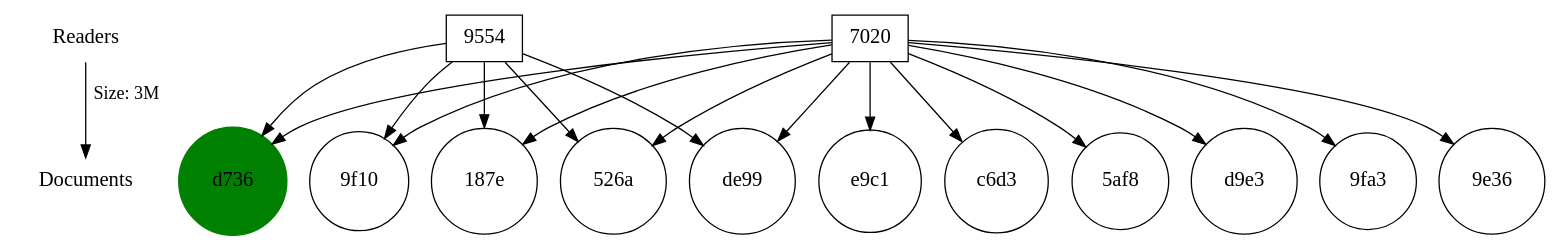
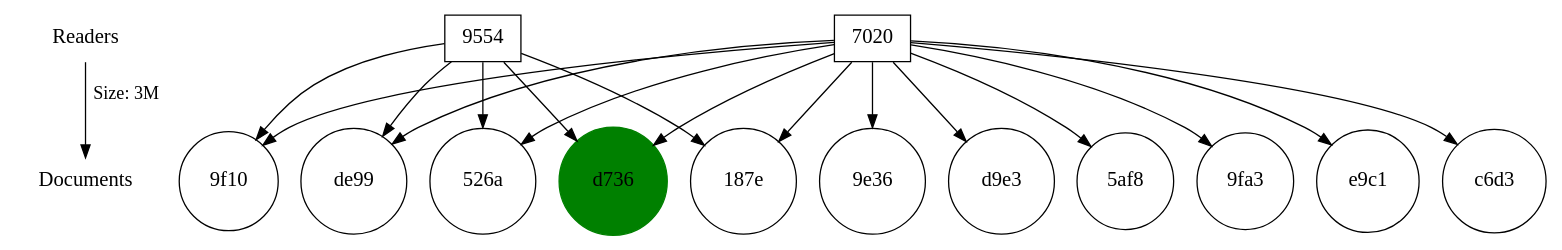
One commit to duncstin/F21SC_Coursework2 changed the diagram in test-output.gv. Above: the diagram before and after it, drawn with Graphviz. The commit also changed other lines of this file and 8 other files, not shown here.

```diff
--- a/test-output.gv
+++ b/test-output.gv
@@ -1,40 +1,40 @@
 digraph "Also likes" {
 	node [fontsize=16 shape=plaintext]
 	r [label=Readers]
 	d [label=Documents]
 	r -> d [label="Size: 3M"]
 	9554 [label=9554 rank=r shape=box]
+	"9f10" [label="9f10" rank=d shape=circle]
+	9554 -> "9f10"
+	de99 [label=de99 rank=d shape=circle]
+	9554 -> de99
+	"526a" [label="526a" rank=d shape=circle]
+	9554 -> "526a"
 	d736 [label=d736 color=green rank=d shape=circle style=filled]
 	9554 -> d736
-	"9f10" [label="9f10" rank=d shape=circle]
-	9554 -> "9f10"
 	"187e" [label="187e" rank=d shape=circle]
 	9554 -> "187e"
-	"526a" [label="526a" rank=d shape=circle]
-	9554 -> "526a"
+	7020 [label=7020 rank=r shape=box]
+	"9e36" [label="9e36" rank=d shape=circle]
+	7020 -> "9e36"
 	de99 [label=de99 rank=d shape=circle]
-	9554 -> de99
-	7020 [label=7020 rank=r shape=box]
-	e9c1 [label=e9c1 rank=d shape=circle]
-	7020 -> e9c1
-	d736 [label=d736 color=green rank=d shape=circle style=filled]
-	7020 -> d736
+	7020 -> de99
 	"9f10" [label="9f10" rank=d shape=circle]
 	7020 -> "9f10"
-	"187e" [label="187e" rank=d shape=circle]
-	7020 -> "187e"
-	c6d3 [label=c6d3 rank=d shape=circle]
-	7020 -> c6d3
+	d9e3 [label=d9e3 rank=d shape=circle]
+	7020 -> d9e3
 	"526a" [label="526a" rank=d shape=circle]
 	7020 -> "526a"
 	"5af8" [label="5af8" rank=d shape=circle]
 	7020 -> "5af8"
-	d9e3 [label=d9e3 rank=d shape=circle]
-	7020 -> d9e3
 	"9fa3" [label="9fa3" rank=d shape=circle]
 	7020 -> "9fa3"
-	de99 [label=de99 rank=d shape=circle]
-	7020 -> de99
-	"9e36" [label="9e36" rank=d shape=circle]
-	7020 -> "9e36"
+	d736 [label=d736 color=green rank=d shape=circle style=filled]
+	7020 -> d736
+	e9c1 [label=e9c1 rank=d shape=circle]
+	7020 -> e9c1
+	c6d3 [label=c6d3 rank=d shape=circle]
+	7020 -> c6d3
+	"187e" [label="187e" rank=d shape=circle]
+	7020 -> "187e"
 }
```
